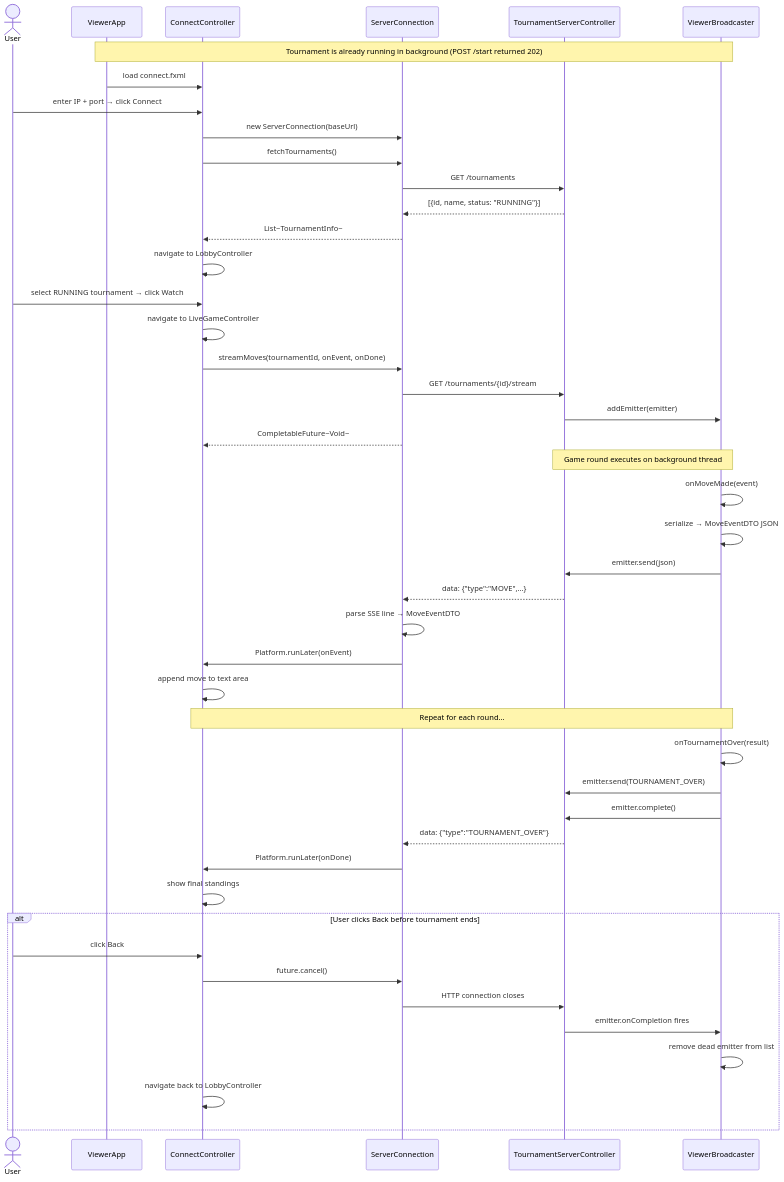
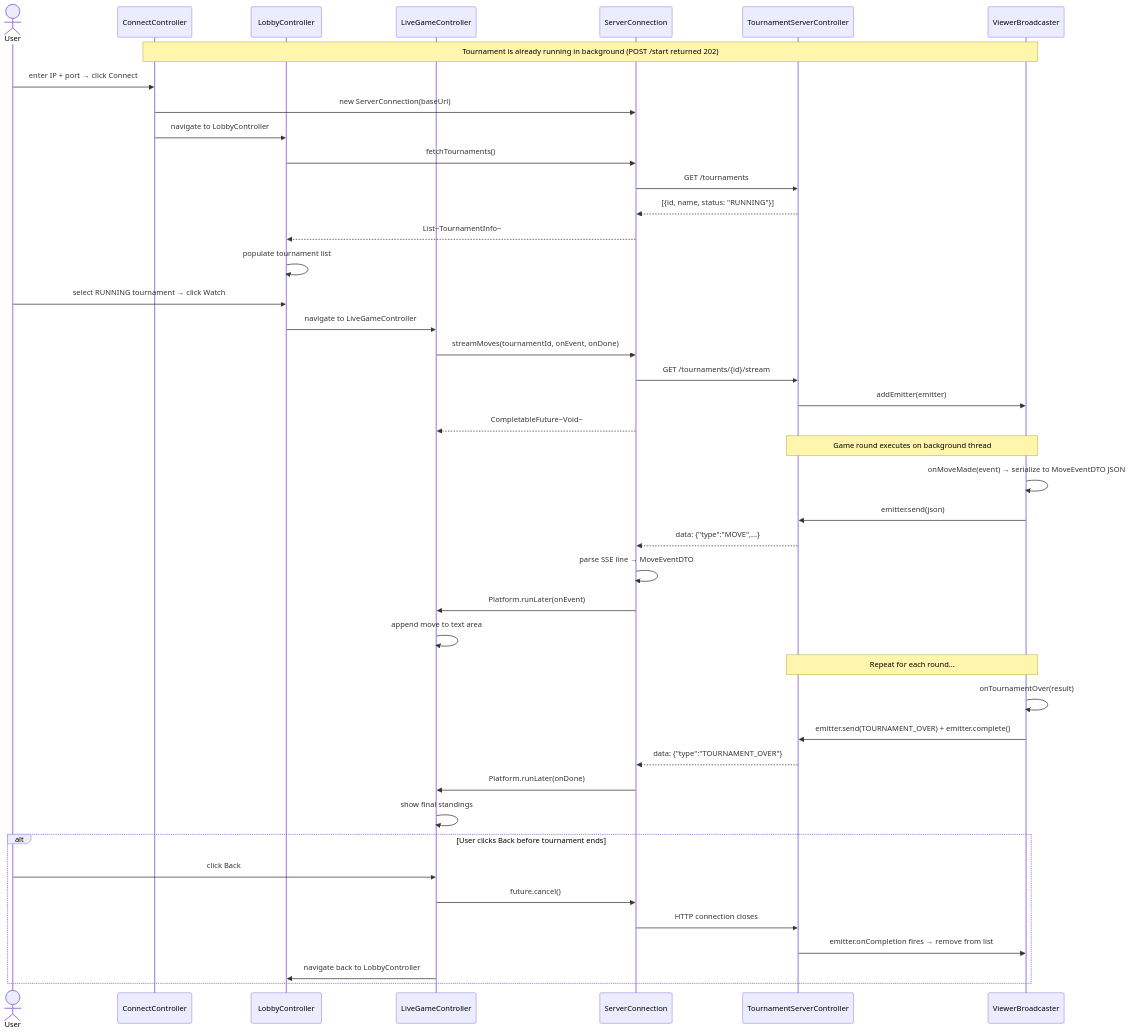
Before and after one commit to Diego-Sic/SITS: the diagram in Documentation/sprint_3_seq.mmd, drawn with Mermaid. The commit also changed 17 other files, not shown here.

```diff
--- a/Documentation/sprint_3_seq.mmd
+++ b/Documentation/sprint_3_seq.mmd
@@ -1,54 +1,53 @@
 sequenceDiagram
     actor User
-    participant VA as ViewerApp
     participant CC as ConnectController
+    participant LC as LobbyController
+    participant LGC as LiveGameController
     participant SC as ServerConnection
     participant TSC as TournamentServerController
     participant VB as ViewerBroadcaster
 
-    Note over VA,VB: Tournament is already running in background (POST /start returned 202)
+    Note over CC,VB: Tournament is already running in background (POST /start returned 202)
 
-    VA->>CC: load connect.fxml
     User->>CC: enter IP + port → click Connect
     CC->>SC: new ServerConnection(baseUrl)
-    CC->>SC: fetchTournaments()
+    CC->>LC: navigate to LobbyController
+
+    LC->>SC: fetchTournaments()
     SC->>TSC: GET /tournaments
     TSC-->>SC: [{id, name, status: "RUNNING"}]
-    SC-->>CC: List~TournamentInfo~
-    CC->>CC: navigate to LobbyController
+    SC-->>LC: List~TournamentInfo~
+    LC->>LC: populate tournament list
 
-    User->>CC: select RUNNING tournament → click Watch
-    CC->>CC: navigate to LiveGameController
+    User->>LC: select RUNNING tournament → click Watch
+    LC->>LGC: navigate to LiveGameController
 
-    CC->>SC: streamMoves(tournamentId, onEvent, onDone)
+    LGC->>SC: streamMoves(tournamentId, onEvent, onDone)
     SC->>TSC: GET /tournaments/{id}/stream
     TSC->>VB: addEmitter(emitter)
-    SC-->>CC: CompletableFuture~Void~
+    SC-->>LGC: CompletableFuture~Void~
 
     Note over TSC,VB: Game round executes on background thread
 
-    VB->>VB: onMoveMade(event)
-    VB->>VB: serialize → MoveEventDTO JSON
+    VB->>VB: onMoveMade(event) → serialize to MoveEventDTO JSON
     VB->>TSC: emitter.send(json)
     TSC-->>SC: data: {"type":"MOVE",...}
     SC->>SC: parse SSE line → MoveEventDTO
-    SC->>CC: Platform.runLater(onEvent)
-    CC->>CC: append move to text area
+    SC->>LGC: Platform.runLater(onEvent)
+    LGC->>LGC: append move to text area
 
-    Note over CC,VB: Repeat for each round...
+    Note over TSC,VB: Repeat for each round...
 
     VB->>VB: onTournamentOver(result)
-    VB->>TSC: emitter.send(TOURNAMENT_OVER)
-    VB->>TSC: emitter.complete()
+    VB->>TSC: emitter.send(TOURNAMENT_OVER) + emitter.complete()
     TSC-->>SC: data: {"type":"TOURNAMENT_OVER"}
-    SC->>CC: Platform.runLater(onDone)
-    CC->>CC: show final standings
+    SC->>LGC: Platform.runLater(onDone)
+    LGC->>LGC: show final standings
 
     alt User clicks Back before tournament ends
-        User->>CC: click Back
-        CC->>SC: future.cancel()
+        User->>LGC: click Back
+        LGC->>SC: future.cancel()
         SC->>TSC: HTTP connection closes
-        TSC->>VB: emitter.onCompletion fires
-        VB->>VB: remove dead emitter from list
-        CC->>CC: navigate back to LobbyController
+        TSC->>VB: emitter.onCompletion fires → remove from list
+        LGC->>LC: navigate back to LobbyController
     end
```
